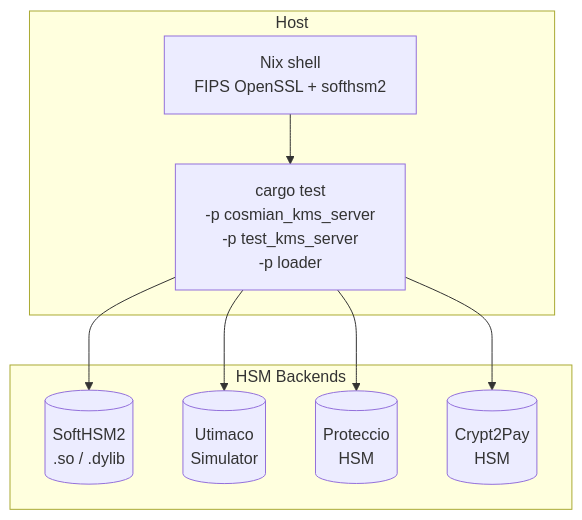
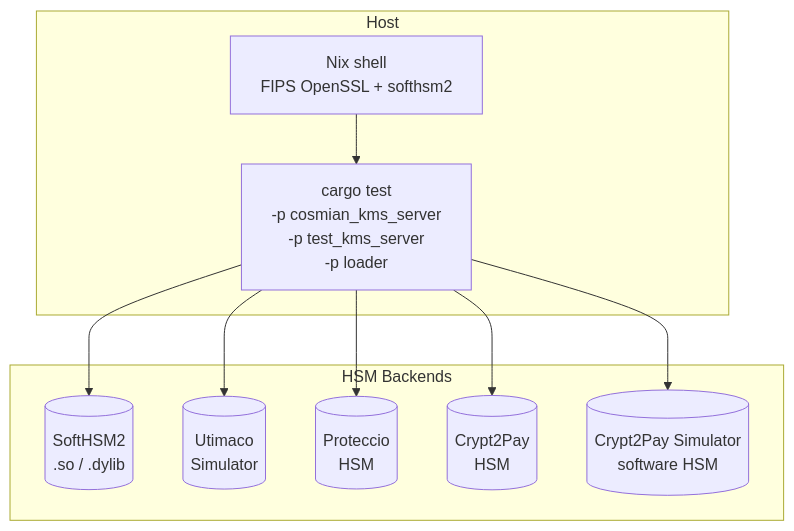
Before and after one commit to Cosmian/kms: the fifth of 60 diagrams in .mise/tasks/test/README.md, drawn with Mermaid. The commit also changed other lines of this file and 287 other files, not shown here.

````diff
--- a/.mise/tasks/test/README.md
+++ b/.mise/tasks/test/README.md
@@ -189,20 +189,22 @@
 ```mermaid
 graph TB
     subgraph Host["Host"]
         Nix2["Nix shell<br/>FIPS OpenSSL + softhsm2"]
         Cargo2["cargo test<br/>-p cosmian_kms_server<br/>-p test_kms_server<br/>-p loader"]
     end
 
     subgraph HSMs["HSM Backends"]
         SHSM[("SoftHSM2<br/>.so / .dylib")]
         Utimaco[("Utimaco<br/>Simulator")]
         Proteccio[("Proteccio<br/>HSM")]
         Crypt2Pay[("Crypt2Pay<br/>HSM")]
+        Crypt2PaySim[("Crypt2Pay Simulator<br/>software HSM")]
     end
 
     Nix2 --> Cargo2
     Cargo2 --> SHSM
     Cargo2 --> Utimaco
     Cargo2 --> Proteccio
     Cargo2 --> Crypt2Pay
+    Cargo2 --> Crypt2PaySim
 ```
````
